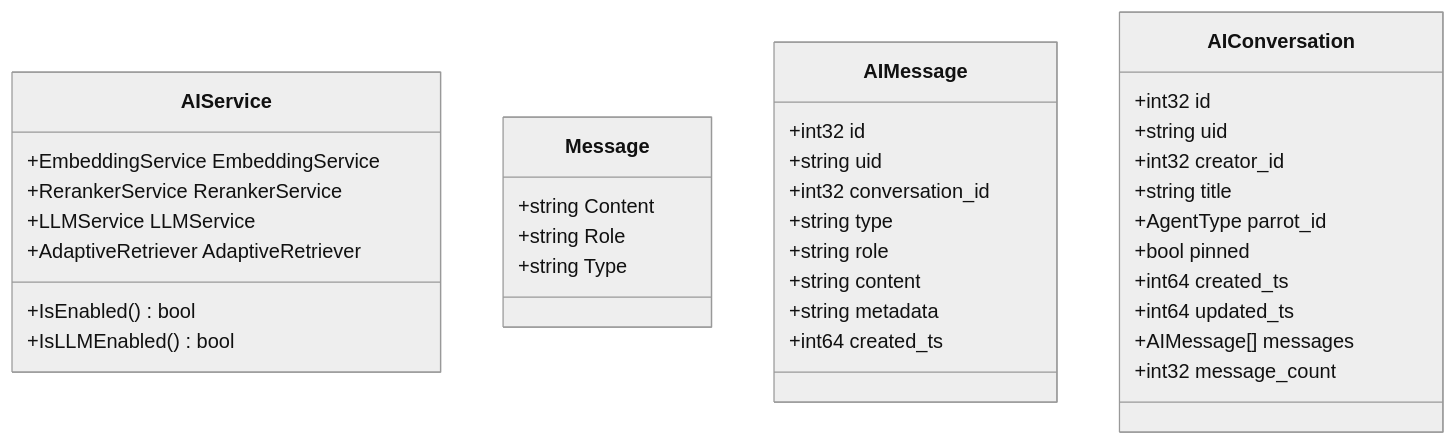
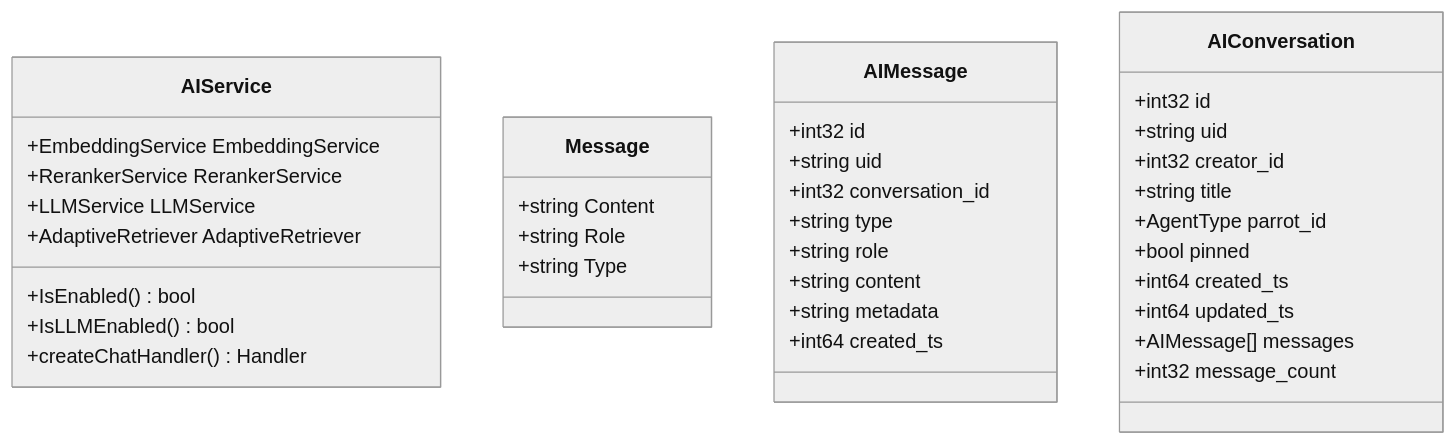
Before and after one commit to hrygo/memos: the second of 20 diagrams in .qoder/repowiki/zh/content/后端服务架构/API 服务层设计/具体服务实现/AI 服务实现.md, drawn with Mermaid (neutral theme). The commit also changed other lines of this file and 29 other files, not shown here.

````diff
--- a/.qoder/repowiki/zh/content/后端服务架构/API 服务层设计/具体服务实现/AI 服务实现.md
+++ b/.qoder/repowiki/zh/content/后端服务架构/API 服务层设计/具体服务实现/AI 服务实现.md
@@ -106,38 +141,39 @@
 ```mermaid
 classDiagram
 class AIService {
 +EmbeddingService EmbeddingService
 +RerankerService RerankerService
 +LLMService LLMService
 +AdaptiveRetriever AdaptiveRetriever
 +IsEnabled() bool
 +IsLLMEnabled() bool
++createChatHandler() Handler
 }
 class Message {
 +string Content
 +string Role
 +string Type
 }
 class AIMessage {
 +int32 id
 +string uid
 +int32 conversation_id
 +string type
 +string role
 +string content
 +string metadata
 +int64 created_ts
 }
 class AIConversation {
 +int32 id
 +string uid
 +int32 creator_id
 +string title
 +AgentType parrot_id
 +bool pinned
 +int64 created_ts
 +int64 updated_ts
 +AIMessage[] messages
 +int32 message_count
 }
 ```
````
